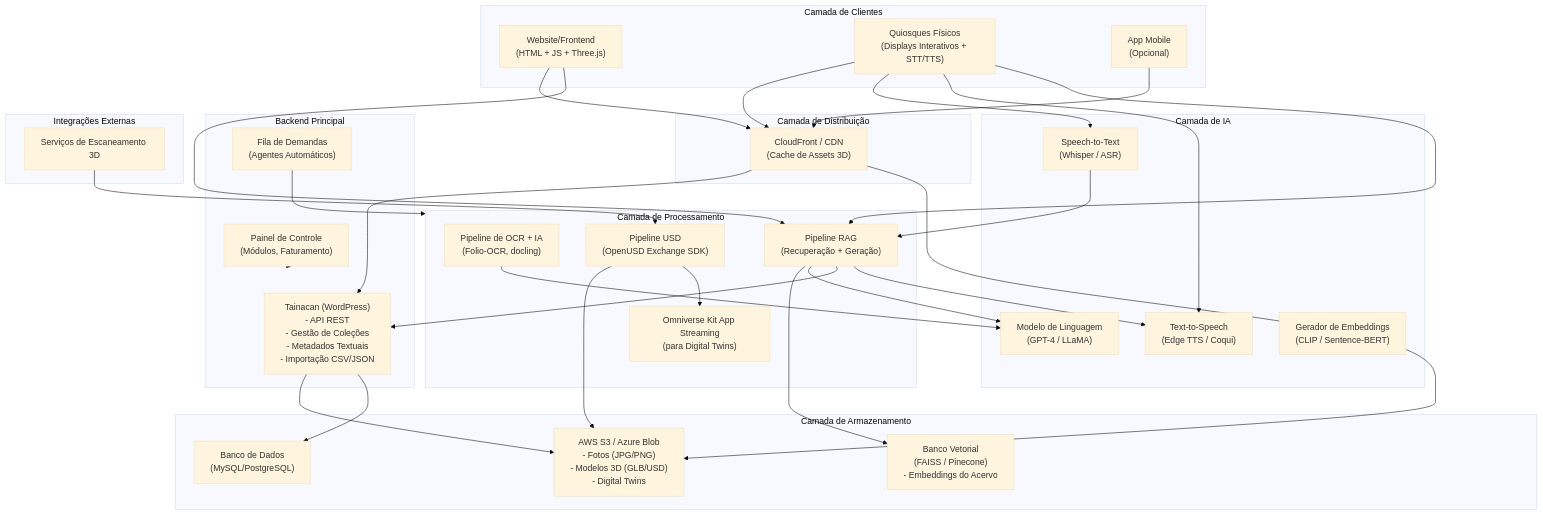
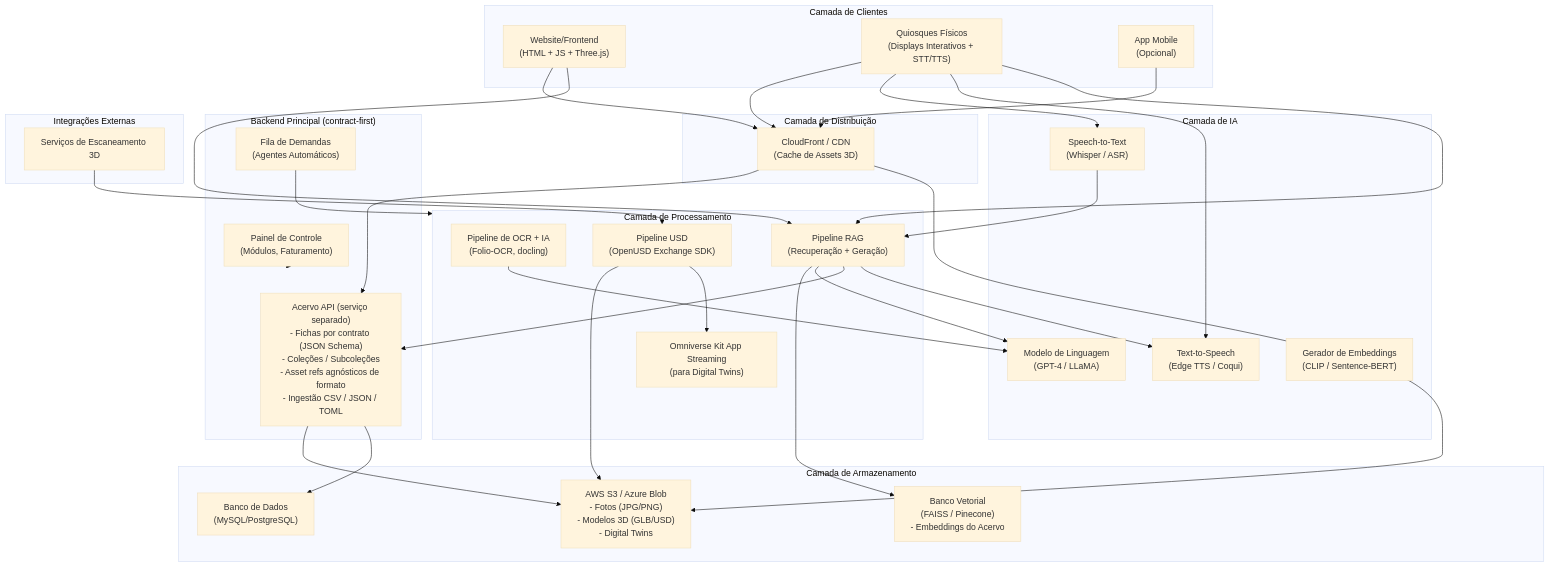
Before and after one commit to Agua-Games/Musa_app-service: the first of 4 diagrams in docs/Musa_design document_technical-specs_v1.1.md, drawn with Mermaid (base theme). The commit also changed other lines of this file and 6 other files, not shown here.

First line of the commit message:
docs: replace Tainacan/WordPress with a contract-first collection layer

````diff
--- a/docs/Musa_design document_technical-specs_v1.1.md
+++ b/docs/Musa_design document_technical-specs_v1.1.md
@@ -13,66 +13,66 @@
 ```mermaid
 flowchart TB
     subgraph Clients["Camada de Clientes"]
         Web["Website/Frontend<br/>(HTML + JS + Three.js)"]
         Kiosk["Quiosques Físicos<br/>(Displays Interativos + STT/TTS)"]
         Mobile["App Mobile<br/>(Opcional)"]
     end
 
     subgraph CDN["Camada de Distribuição"]
         CloudFront["CloudFront / CDN<br/>(Cache de Assets 3D)"]
     end
 
-    subgraph Backend["Backend Principal"]
-        Tainacan["Tainacan (WordPress)<br/>- API REST<br/>- Gestão de Coleções<br/>- Metadados Textuais<br/>- Importação CSV/JSON"]
+    subgraph Backend["Backend Principal (contract-first)"]
+        Catalog["Acervo API (serviço separado)<br/>- Fichas por contrato (JSON Schema)<br/>- Coleções / Subcoleções<br/>- Asset refs agnósticos de formato<br/>- Ingestão CSV / JSON / TOML"]
         Admin["Painel de Controle<br/>(Módulos, Faturamento)"]
         Queue["Fila de Demandas<br/>(Agentes Automáticos)"]
     end
 
     subgraph Storage["Camada de Armazenamento"]
         S3["AWS S3 / Azure Blob<br/>- Fotos (JPG/PNG)<br/>- Modelos 3D (GLB/USD)<br/>- Digital Twins"]
         DB["Banco de Dados<br/>(MySQL/PostgreSQL)"]
         VectorDB["Banco Vetorial<br/>(FAISS / Pinecone)<br/>- Embeddings do Acervo"]
     end
 
     subgraph Processing["Camada de Processamento"]
         OCR["Pipeline de OCR + IA<br/>(Folio-OCR, docling)"]
         USD["Pipeline USD<br/>(OpenUSD Exchange SDK)"]
         Streaming["Omniverse Kit App Streaming<br/>(para Digital Twins)"]
         RAG["Pipeline RAG<br/>(Recuperação + Geração)"]
     end
 
     subgraph AI["Camada de IA"]
         LLM["Modelo de Linguagem<br/>(GPT-4 / LLaMA)"]
         STT["Speech-to-Text<br/>(Whisper / ASR)"]
         TTS["Text-to-Speech<br/>(Edge TTS / Coqui)"]
         Embeddings["Gerador de Embeddings<br/>(CLIP / Sentence-BERT)"]
     end
 
     subgraph External["Integrações Externas"]
         Scanner["Serviços de Escaneamento 3D"]
     end
 
     Web --> CloudFront
     Kiosk --> CloudFront
     Kiosk --> STT
     Kiosk --> TTS
     Mobile --> CloudFront
-    CloudFront --> Tainacan
+    CloudFront --> Catalog
     CloudFront --> S3
     Admin --> Backend
     Queue --> Processing
-    Tainacan --> S3
-    Tainacan --> DB
+    Catalog --> S3
+    Catalog --> DB
     OCR --> LLM
     USD --> S3
     USD --> Streaming
     Scanner --> USD
     
     RAG --> VectorDB
     RAG --> LLM
-    RAG --> Tainacan
+    RAG --> Catalog
     Web --> RAG
     Kiosk --> RAG
     STT --> RAG
     RAG --> TTS
 ```
````
